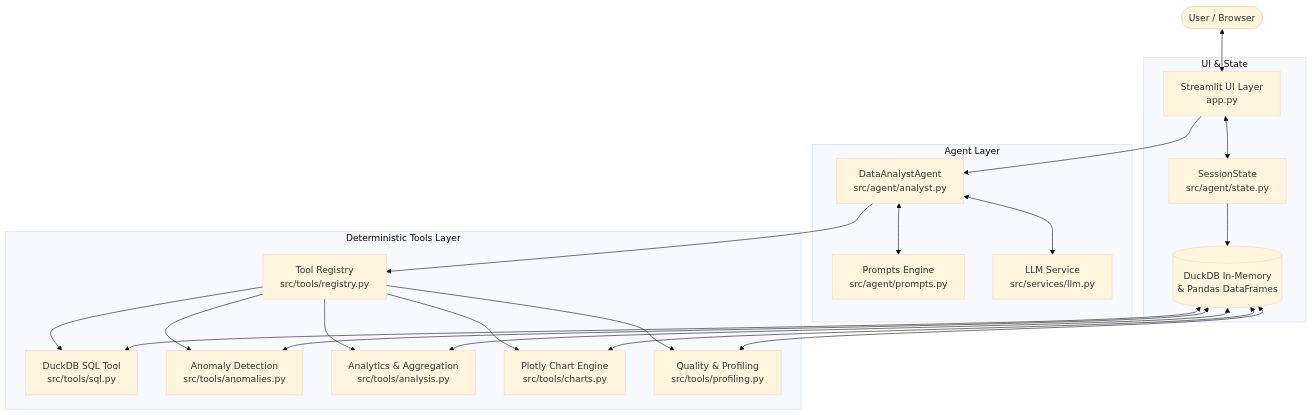
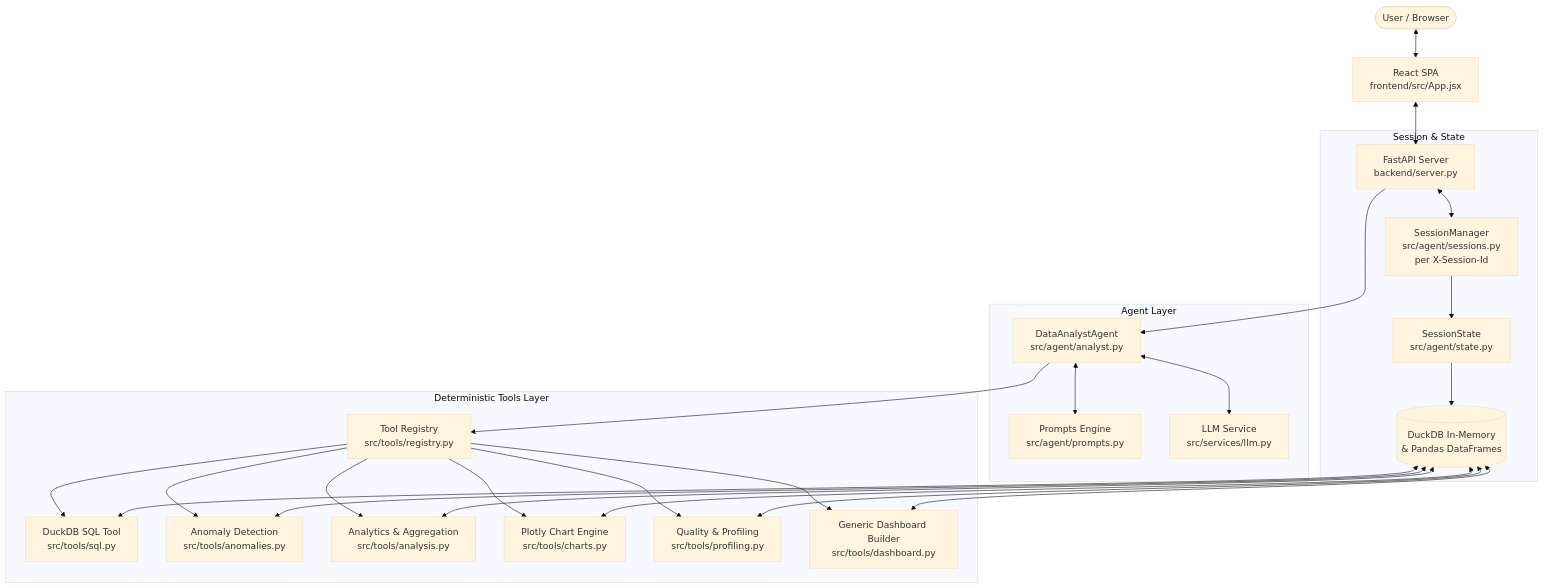
The diagram in README.md (SanthoshG0wda/prism), drawn with Mermaid (base theme) before and after one commit. The commit also changed other lines of this file and 43 other files, not shown here.

````diff
--- a/README.md
+++ b/README.md
@@ -57,30 +61,35 @@
 ```mermaid
 flowchart TD
-    User([User / Browser]) <--> UI[Streamlit UI Layer\napp.py]
-    
-    subgraph UI & State
-        UI <--> State[SessionState\nsrc/agent/state.py]
+    User([User / Browser]) <--> UI[React SPA\nfrontend/src/App.jsx]
+
+    UI <--> API[FastAPI Server\nbackend/server.py]
+
+    subgraph Session & State
+        API <--> Sessions[SessionManager\nsrc/agent/sessions.py\nper X-Session-Id]
+        Sessions --> State[SessionState\nsrc/agent/state.py]
         State --> Catalog[(DuckDB In-Memory\n& Pandas DataFrames)]
     end
 
     subgraph Agent Layer
-        UI --> Agent[DataAnalystAgent\nsrc/agent/analyst.py]
+        API --> Agent[DataAnalystAgent\nsrc/agent/analyst.py]
         Agent <--> Prompts[Prompts Engine\nsrc/agent/prompts.py]
         Agent <--> LLM[LLM Service\nsrc/services/llm.py]
     end
 
     subgraph Deterministic Tools Layer
         Agent --> Registry[Tool Registry\nsrc/tools/registry.py]
         Registry --> SQLTool[DuckDB SQL Tool\nsrc/tools/sql.py]
         Registry --> AnomalyTool[Anomaly Detection\nsrc/tools/anomalies.py]
         Registry --> AnalysisTool[Analytics & Aggregation\nsrc/tools/analysis.py]
         Registry --> ChartTool[Plotly Chart Engine\nsrc/tools/charts.py]
         Registry --> QualityTool[Quality & Profiling\nsrc/tools/profiling.py]
+        Registry --> DashboardTool[Generic Dashboard Builder\nsrc/tools/dashboard.py]
     end
 
     Catalog <--> SQLTool
     Catalog <--> AnomalyTool
     Catalog <--> AnalysisTool
     Catalog <--> ChartTool
     Catalog <--> QualityTool
+    Catalog <--> DashboardTool
 ```
````
